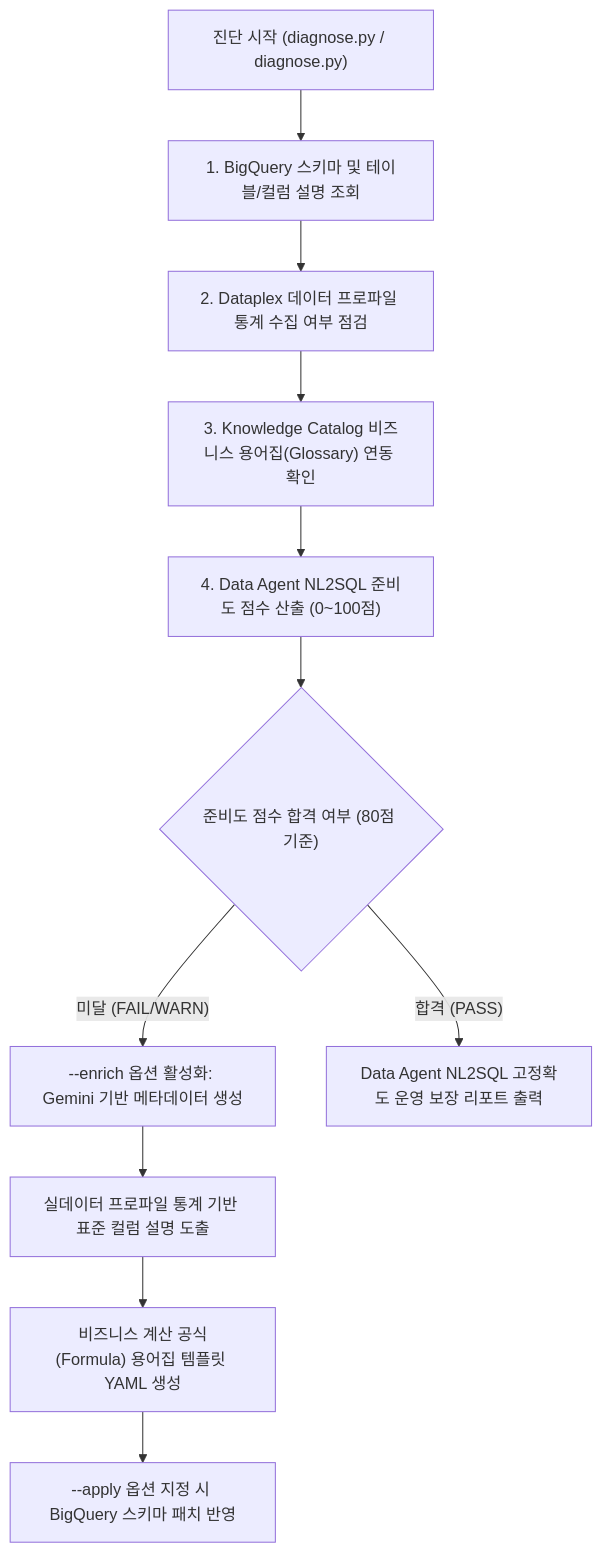
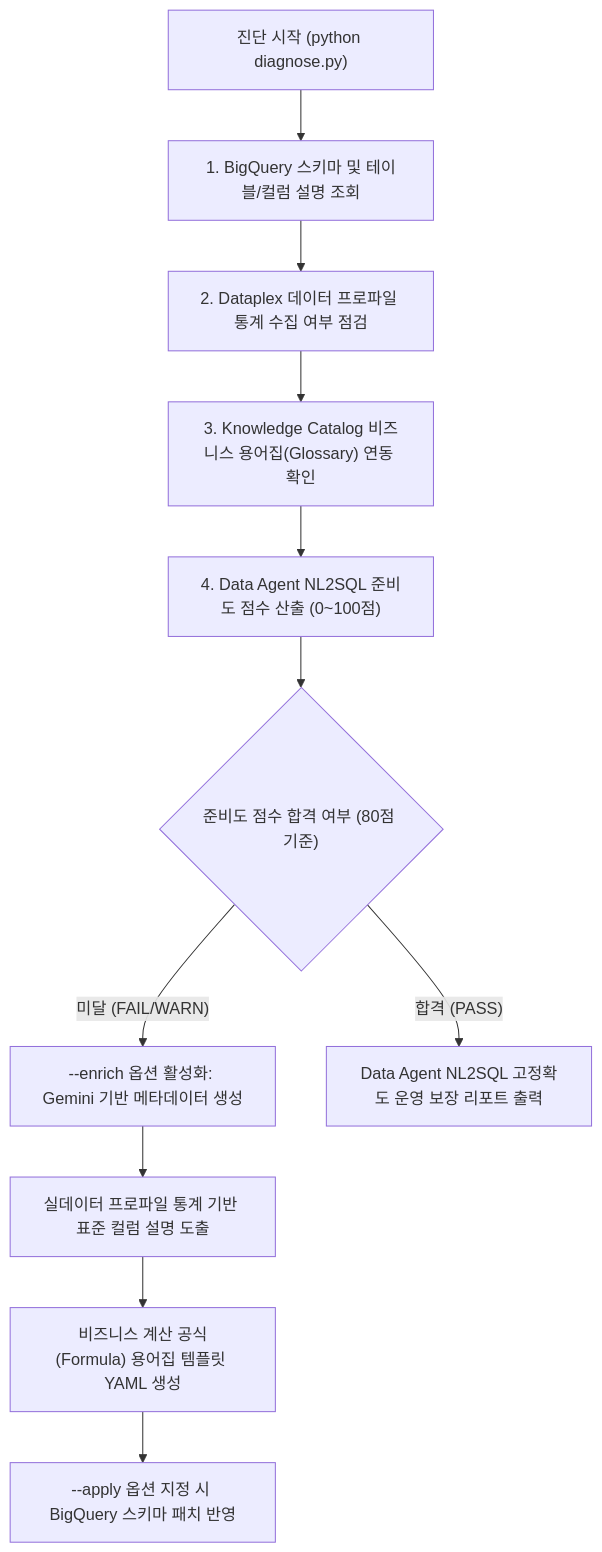
Before and after one commit to jiangjun-forge/google-cloud-0-to-1: the diagram in samples/bigquery-data-agent-semantic-enricher/README.md, drawn with Mermaid. The commit also changed other lines of this file and 193 other files, not shown here.

````diff
--- a/samples/bigquery-data-agent-semantic-enricher/README.md
+++ b/samples/bigquery-data-agent-semantic-enricher/README.md
@@ -41,13 +41,13 @@
 ```mermaid
 flowchart TD
-    A["진단 시작 (diagnose.py / diagnose.py)"] --> B["1. BigQuery 스키마 및 테이블/컬럼 설명 조회"]
+    A["진단 시작 (python diagnose.py)"] --> B["1. BigQuery 스키마 및 테이블/컬럼 설명 조회"]
     B --> C["2. Dataplex 데이터 프로파일 통계 수집 여부 점검"]
     C --> D["3. Knowledge Catalog 비즈니스 용어집(Glossary) 연동 확인"]
     D --> E["4. Data Agent NL2SQL 준비도 점수 산출 (0~100점)"]
     E --> F{"준비도 점수 합격 여부 (80점 기준)"}
     F -- "미달 (FAIL/WARN)" --> G["--enrich 옵션 활성화: Gemini 기반 메타데이터 생성"]
     G --> H["실데이터 프로파일 통계 기반 표준 컬럼 설명 도출"]
     H --> I["비즈니스 계산 공식(Formula) 용어집 템플릿 YAML 생성"]
     I --> J["--apply 옵션 지정 시 BigQuery 스키마 패치 반영"]
     F -- "합격 (PASS)" --> K["Data Agent NL2SQL 고정확도 운영 보장 리포트 출력"]
 ```
````
